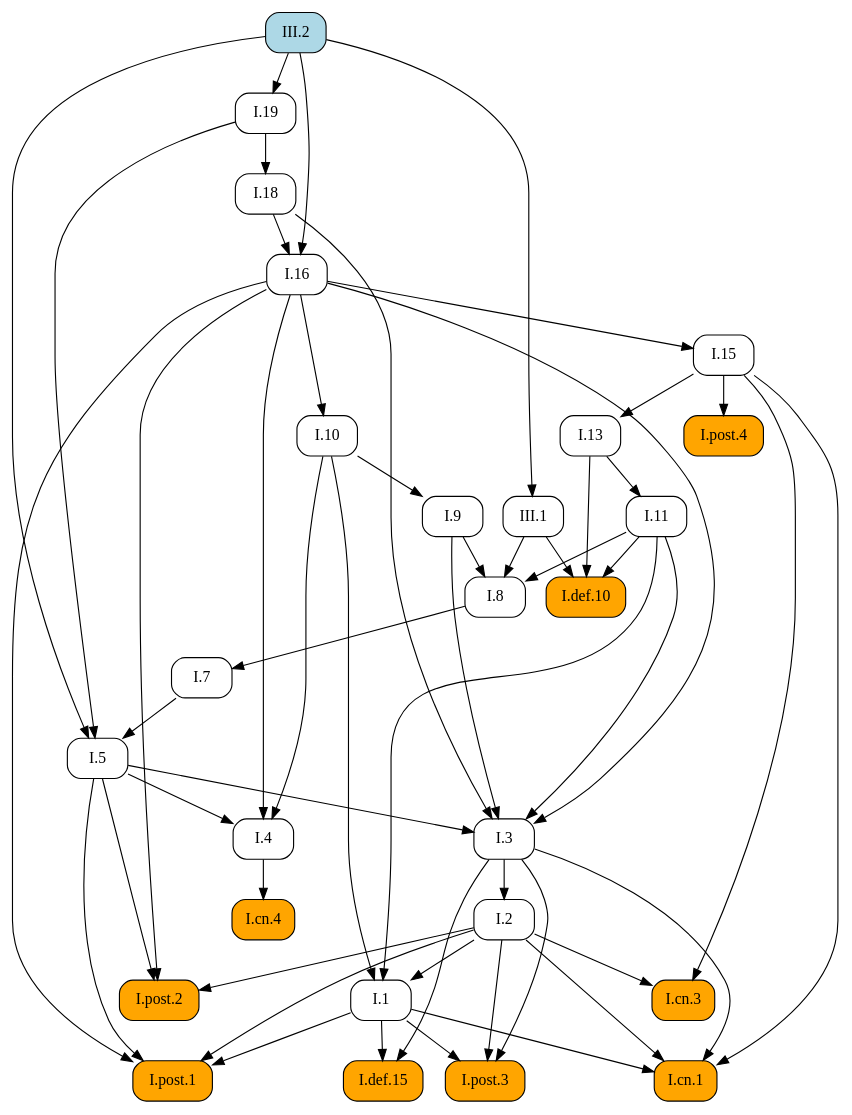
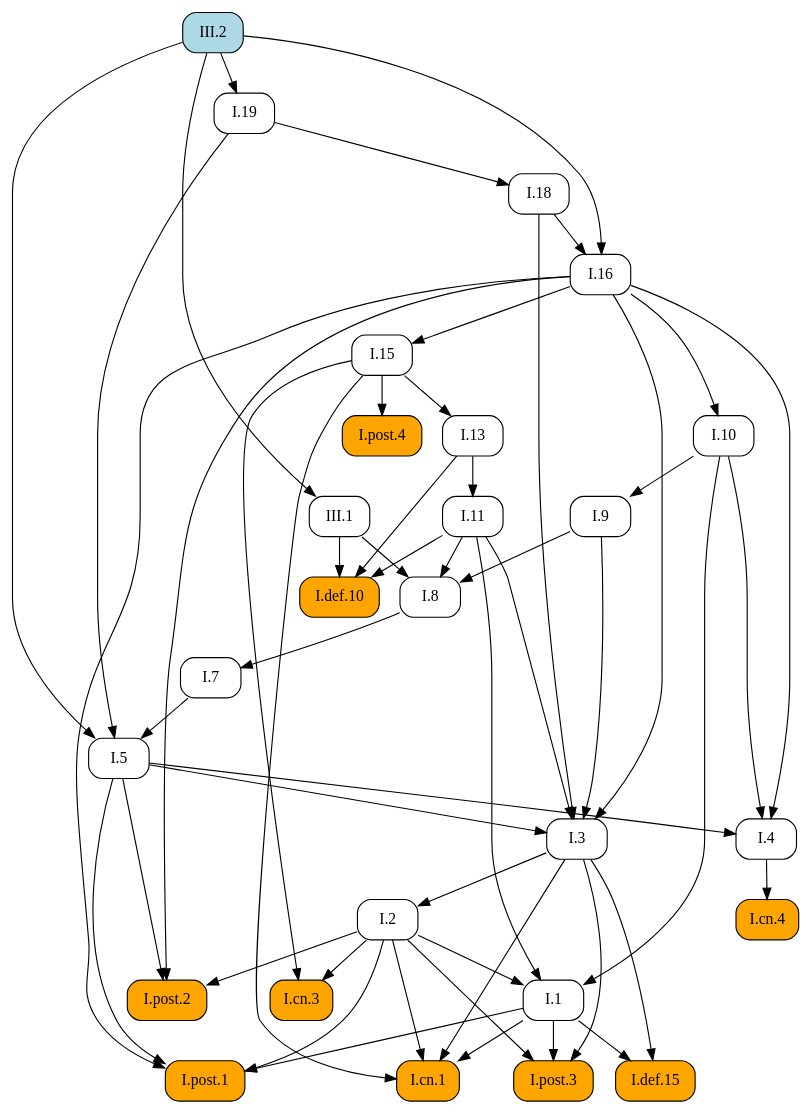
Before and after one commit to geometor/elements: the diagram in docsrc/elements2/III/2/index.rst, drawn with Graphviz. The commit also changed other lines of this file and 409 other files, not shown here.

First line of the commit message:
feat: Add image cropping and graphic extraction script

```diff
--- a/docsrc/elements2/III/2/index.rst
+++ b/docsrc/elements2/III/2/index.rst
@@ -86,82 +86,82 @@
    digraph {
      rankdir="TB";
      node [shape=box, style=rounded];
+     "I.def.15" [style="rounded,filled", fillcolor=orange, URL="/elements2/I/def.15/", target="_top"];
+     "I.19" [URL="/elements2/I/19/", target="_top"];
+     "I.18" [URL="/elements2/I/18/", target="_top"];
+     "I.def.10" [style="rounded,filled", fillcolor=orange, URL="/elements2/I/def.10/", target="_top"];
+     "I.11" [URL="/elements2/I/11/", target="_top"];
      "I.8" [URL="/elements2/I/8/", target="_top"];
-     "I.19" [URL="/elements2/I/19/", target="_top"];
-     "I.1" [URL="/elements2/I/1/", target="_top"];
-     "I.cn.3" [style="rounded,filled", fillcolor=orange, URL="/elements2/I/cn.3/", target="_top"];
-     "I.cn.4" [style="rounded,filled", fillcolor=orange, URL="/elements2/I/cn.4/", target="_top"];
-     "I.7" [URL="/elements2/I/7/", target="_top"];
-     "I.post.1" [style="rounded,filled", fillcolor=orange, URL="/elements2/I/post.1/", target="_top"];
-     "I.9" [URL="/elements2/I/9/", target="_top"];
      "I.5" [URL="/elements2/I/5/", target="_top"];
-     "I.cn.1" [style="rounded,filled", fillcolor=orange, URL="/elements2/I/cn.1/", target="_top"];
-     "I.post.4" [style="rounded,filled", fillcolor=orange, URL="/elements2/I/post.4/", target="_top"];
-     "I.def.10" [style="rounded,filled", fillcolor=orange, URL="/elements2/I/def.10/", target="_top"];
-     "I.16" [URL="/elements2/I/16/", target="_top"];
-     "I.18" [URL="/elements2/I/18/", target="_top"];
-     "I.13" [URL="/elements2/I/13/", target="_top"];
-     "I.2" [URL="/elements2/I/2/", target="_top"];
-     "I.def.15" [style="rounded,filled", fillcolor=orange, URL="/elements2/I/def.15/", target="_top"];
-     "I.4" [URL="/elements2/I/4/", target="_top"];
-     "III.1" [URL="/elements2/III/1/", target="_top"];
-     "I.11" [URL="/elements2/I/11/", target="_top"];
-     "I.10" [URL="/elements2/I/10/", target="_top"];
      "I.15" [URL="/elements2/I/15/", target="_top"];
      "I.3" [URL="/elements2/I/3/", target="_top"];
+     "I.10" [URL="/elements2/I/10/", target="_top"];
+     "I.cn.3" [style="rounded,filled", fillcolor=orange, URL="/elements2/I/cn.3/", target="_top"];
+     "I.cn.1" [style="rounded,filled", fillcolor=orange, URL="/elements2/I/cn.1/", target="_top"];
+     "I.13" [URL="/elements2/I/13/", target="_top"];
+     "III.2" [style="rounded,filled", fillcolor=lightblue, URL="/elements2/III/2/", target="_top"];
+     "I.4" [URL="/elements2/I/4/", target="_top"];
+     "I.post.3" [style="rounded,filled", fillcolor=orange, URL="/elements2/I/post.3/", target="_top"];
+     "I.7" [URL="/elements2/I/7/", target="_top"];
+     "I.9" [URL="/elements2/I/9/", target="_top"];
+     "I.16" [URL="/elements2/I/16/", target="_top"];
+     "I.post.1" [style="rounded,filled", fillcolor=orange, URL="/elements2/I/post.1/", target="_top"];
+     "I.2" [URL="/elements2/I/2/", target="_top"];
+     "I.1" [URL="/elements2/I/1/", target="_top"];
+     "I.post.4" [style="rounded,filled", fillcolor=orange, URL="/elements2/I/post.4/", target="_top"];
+     "I.cn.4" [style="rounded,filled", fillcolor=orange, URL="/elements2/I/cn.4/", target="_top"];
+     "III.1" [URL="/elements2/III/1/", target="_top"];
      "I.post.2" [style="rounded,filled", fillcolor=orange, URL="/elements2/I/post.2/", target="_top"];
-     "III.2" [style="rounded,filled", fillcolor=lightblue, URL="/elements2/III/2/", target="_top"];
-     "I.post.3" [style="rounded,filled", fillcolor=orange, URL="/elements2/I/post.3/", target="_top"];
+     "I.1" -> "I.def.15";
+     "I.3" -> "I.def.15";
+     "III.2" -> "I.19";
+     "I.19" -> "I.18";
+     "I.11" -> "I.def.10";
+     "I.13" -> "I.def.10";
+     "III.1" -> "I.def.10";
+     "I.13" -> "I.11";
      "I.9" -> "I.8";
      "I.11" -> "I.8";
      "III.1" -> "I.8";
-     "III.2" -> "I.19";
-     "I.2" -> "I.1";
-     "I.10" -> "I.1";
-     "I.11" -> "I.1";
-     "I.2" -> "I.cn.3";
-     "I.15" -> "I.cn.3";
-     "I.4" -> "I.cn.4";
-     "I.8" -> "I.7";
-     "I.1" -> "I.post.1";
-     "I.2" -> "I.post.1";
-     "I.5" -> "I.post.1";
-     "I.16" -> "I.post.1";
-     "I.10" -> "I.9";
      "I.7" -> "I.5";
      "I.19" -> "I.5";
      "III.2" -> "I.5";
-     "I.1" -> "I.cn.1";
-     "I.2" -> "I.cn.1";
-     "I.3" -> "I.cn.1";
-     "I.15" -> "I.cn.1";
-     "I.15" -> "I.post.4";
-     "I.11" -> "I.def.10";
-     "I.13" -> "I.def.10";
-     "III.1" -> "I.def.10";
-     "I.18" -> "I.16";
-     "III.2" -> "I.16";
-     "I.19" -> "I.18";
-     "I.15" -> "I.13";
-     "I.3" -> "I.2";
-     "I.1" -> "I.def.15";
-     "I.3" -> "I.def.15";
-     "I.5" -> "I.4";
-     "I.10" -> "I.4";
-     "I.16" -> "I.4";
-     "III.2" -> "III.1";
-     "I.13" -> "I.11";
-     "I.16" -> "I.10";
      "I.16" -> "I.15";
      "I.5" -> "I.3";
      "I.9" -> "I.3";
      "I.11" -> "I.3";
      "I.16" -> "I.3";
      "I.18" -> "I.3";
+     "I.16" -> "I.10";
+     "I.2" -> "I.cn.3";
+     "I.15" -> "I.cn.3";
+     "I.1" -> "I.cn.1";
+     "I.2" -> "I.cn.1";
+     "I.3" -> "I.cn.1";
+     "I.15" -> "I.cn.1";
+     "I.15" -> "I.13";
+     "I.5" -> "I.4";
+     "I.10" -> "I.4";
+     "I.16" -> "I.4";
+     "I.1" -> "I.post.3";
+     "I.2" -> "I.post.3";
+     "I.3" -> "I.post.3";
+     "I.8" -> "I.7";
+     "I.10" -> "I.9";
+     "I.18" -> "I.16";
+     "III.2" -> "I.16";
+     "I.1" -> "I.post.1";
+     "I.2" -> "I.post.1";
+     "I.5" -> "I.post.1";
+     "I.16" -> "I.post.1";
+     "I.3" -> "I.2";
+     "I.2" -> "I.1";
+     "I.10" -> "I.1";
+     "I.11" -> "I.1";
+     "I.15" -> "I.post.4";
+     "I.4" -> "I.cn.4";
+     "III.2" -> "III.1";
      "I.2" -> "I.post.2";
      "I.5" -> "I.post.2";
      "I.16" -> "I.post.2";
-     "I.1" -> "I.post.3";
-     "I.2" -> "I.post.3";
-     "I.3" -> "I.post.3";
    }
```
